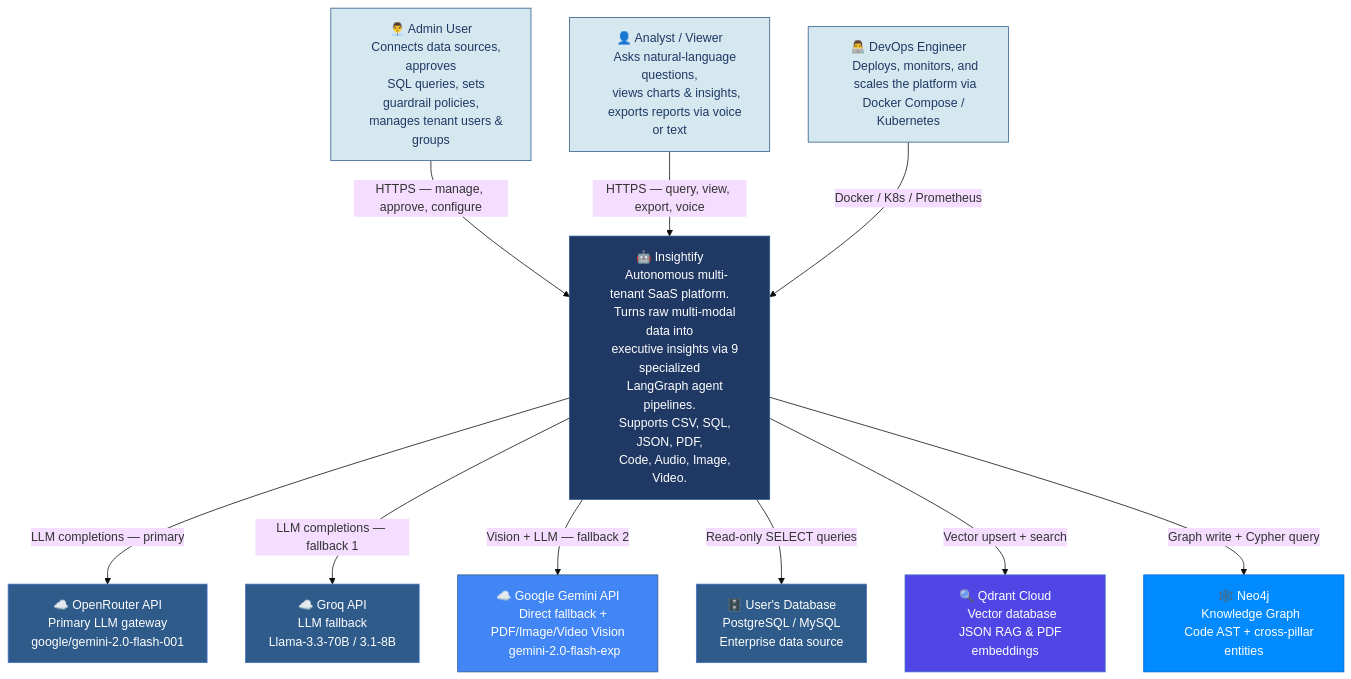
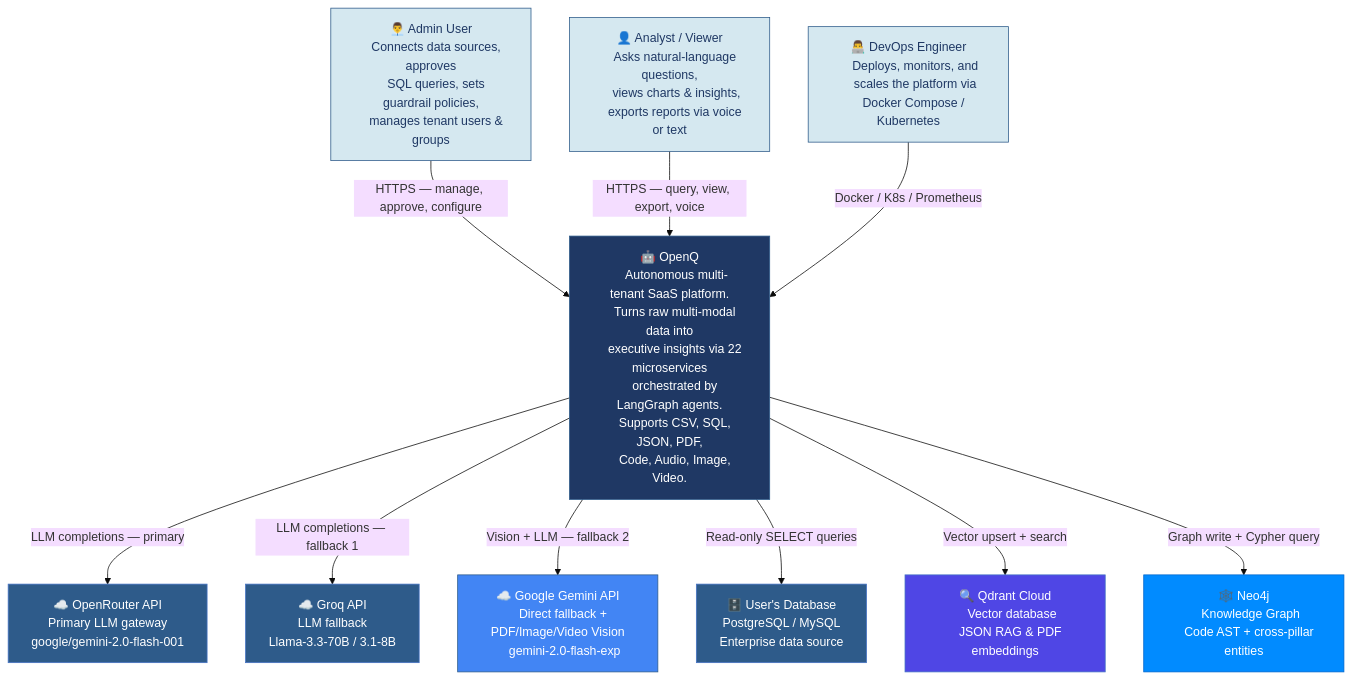
Before and after one commit to OmarAbdelhamidAly/OpenQ-Federated-Agentic-Intelligence-Platform: the first of 13 diagrams in NTI_C4_DIAGRAMS.md, drawn with Mermaid (base theme). The commit also changed other lines of this file and 3 other files, not shown here.

````diff
--- a/NTI_C4_DIAGRAMS.md
+++ b/NTI_C4_DIAGRAMS.md
@@ -14,70 +14,70 @@
 ```mermaid
 graph TB
     Admin["👨‍💼 Admin User
     Connects data sources, approves
     SQL queries, sets guardrail policies,
     manages tenant users & groups"]
 
     Viewer["👤 Analyst / Viewer
     Asks natural-language questions,
     views charts & insights,
     exports reports via voice or text"]
 
     DevOps["👨‍💻 DevOps Engineer
     Deploys, monitors, and
     scales the platform via
     Docker Compose / Kubernetes"]
 
-    System["🤖 Insightify
+    System["🤖 OpenQ
     Autonomous multi-tenant SaaS platform.
     Turns raw multi-modal data into
-    executive insights via 9 specialized
-    LangGraph agent pipelines.
+    executive insights via 22 microservices
+    orchestrated by LangGraph agents.
     Supports CSV, SQL, JSON, PDF,
     Code, Audio, Image, Video."]
 
     OpenRouter["☁️ OpenRouter API
     Primary LLM gateway
     google/gemini-2.0-flash-001"]
 
     Groq["☁️ Groq API
     LLM fallback
     Llama-3.3-70B / 3.1-8B"]
 
     Gemini["☁️ Google Gemini API
     Direct fallback + PDF/Image/Video Vision
     gemini-2.0-flash-exp"]
 
     UserDB["🗄️ User's Database
     PostgreSQL / MySQL
     Enterprise data source"]
 
     Qdrant["🔍 Qdrant Cloud
     Vector database
     JSON RAG & PDF embeddings"]
 
     Neo4j["🕸️ Neo4j
     Knowledge Graph
     Code AST + cross-pillar entities"]
 
     Admin  -->|"HTTPS — manage, approve, configure"| System
     Viewer -->|"HTTPS — query, view, export, voice"| System
     DevOps -->|"Docker / K8s / Prometheus"| System
     System -->|"LLM completions — primary"| OpenRouter
     System -->|"LLM completions — fallback 1"| Groq
     System -->|"Vision + LLM — fallback 2"| Gemini
     System -->|"Read-only SELECT queries"| UserDB
     System -->|"Vector upsert + search"| Qdrant
     System -->|"Graph write + Cypher query"| Neo4j
 
     style System fill:#1F3864,color:#fff,stroke:#2E5B8A
     style OpenRouter fill:#2E5B8A,color:#fff,stroke:#4472C4
     style Groq fill:#2E5B8A,color:#fff,stroke:#4472C4
     style Gemini fill:#4285F4,color:#fff,stroke:#2E5B8A
     style UserDB fill:#2E5B8A,color:#fff,stroke:#4472C4
     style Qdrant fill:#4F46E5,color:#fff,stroke:#4472C4
     style Neo4j fill:#018BFF,color:#fff,stroke:#0066CC
     style Admin  fill:#D5E8F0,color:#1F3864,stroke:#2E5B8A
     style Viewer fill:#D5E8F0,color:#1F3864,stroke:#2E5B8A
     style DevOps fill:#D5E8F0,color:#1F3864,stroke:#2E5B8A
 ```
````
